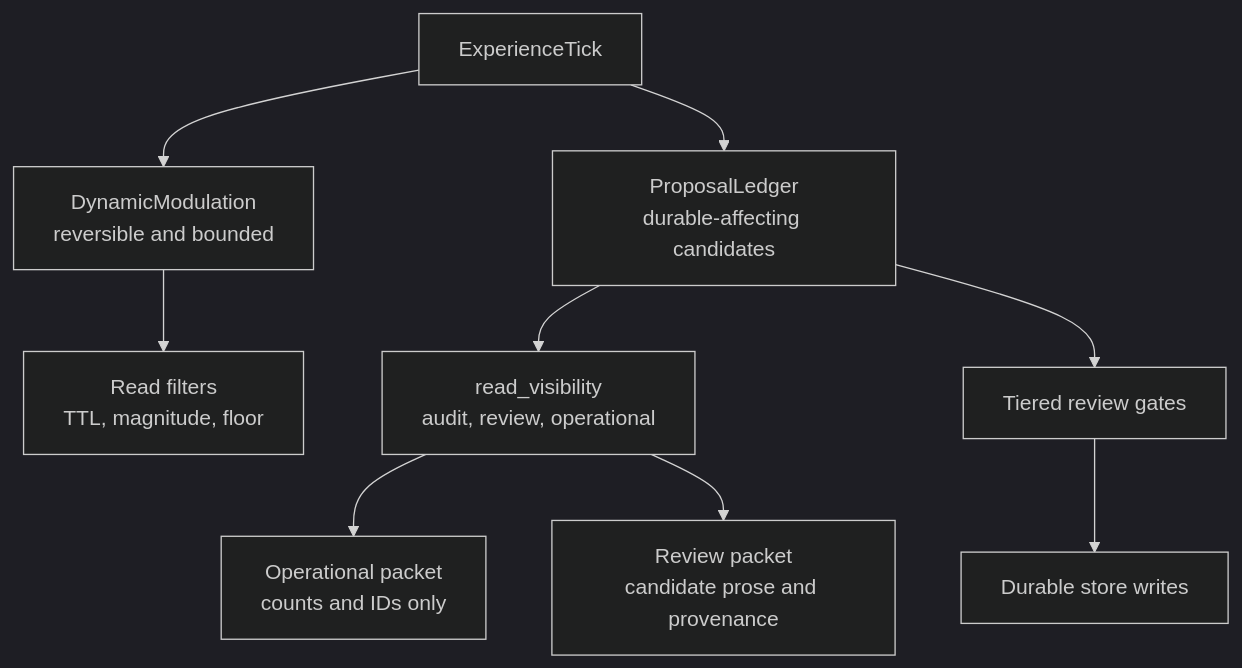
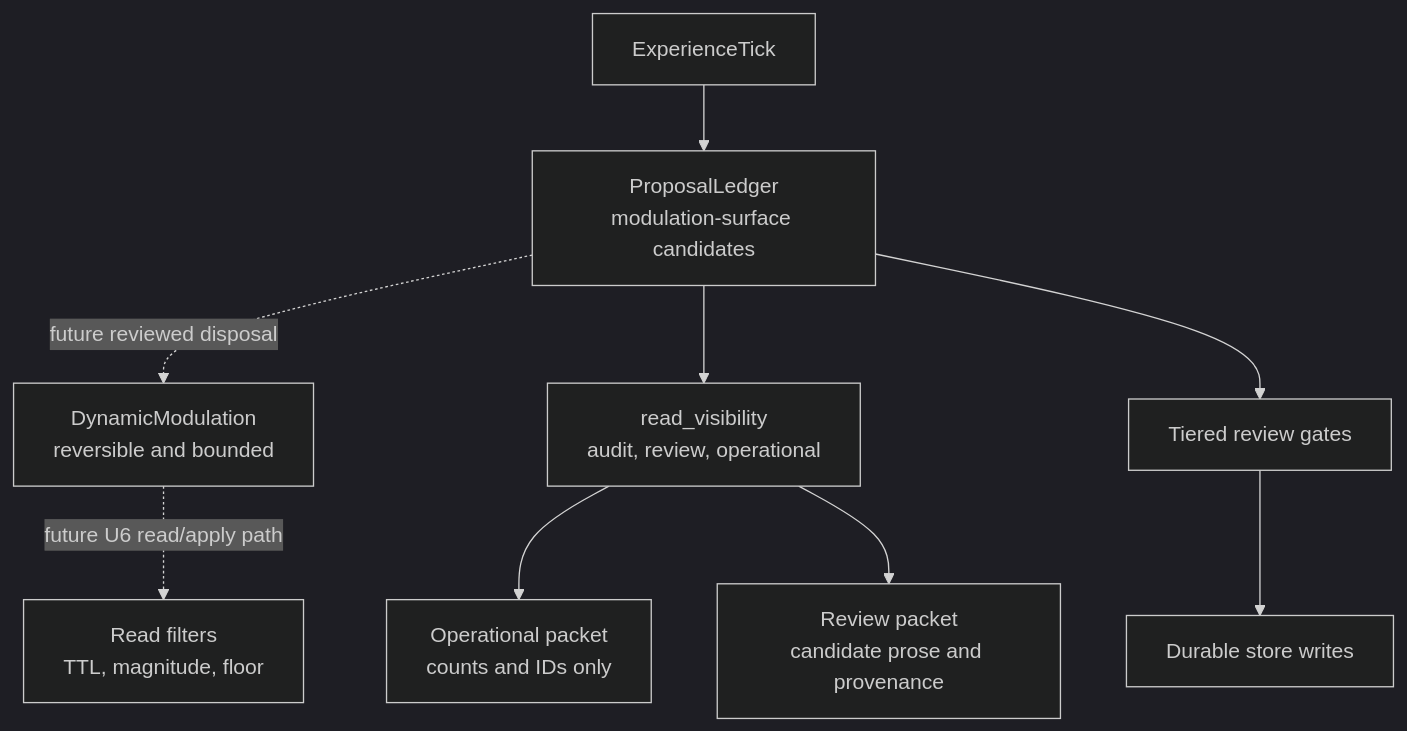
Before and after one commit to Riley-Coyote/mnemos: the diagram in docs/plans/2026-06-30-001-feat-afferent-membrane-v1-plan.md, drawn with Mermaid (dark theme). The commit also changed other lines of this file and 11 other files, not shown here.

First line of the commit message:
feat(modulation): add review-only experience tick proposals (#14)

````diff
--- a/docs/plans/2026-06-30-001-feat-afferent-membrane-v1-plan.md
+++ b/docs/plans/2026-06-30-001-feat-afferent-membrane-v1-plan.md
@@ -269,11 +284,11 @@
 ```mermaid
 flowchart TB
-  T["ExperienceTick"] --> DM["DynamicModulation<br/>reversible and bounded"]
-  T --> PL["ProposalLedger<br/>durable-affecting candidates"]
-  DM --> RF["Read filters<br/>TTL, magnitude, floor"]
+  T["ExperienceTick"] --> PL["ProposalLedger<br/>modulation-surface candidates"]
+  PL -. future reviewed disposal .-> DM["DynamicModulation<br/>reversible and bounded"]
+  DM -. future U6 read/apply path .-> RF["Read filters<br/>TTL, magnitude, floor"]
   PL --> RV["read_visibility<br/>audit, review, operational"]
   RV --> OP["Operational packet<br/>counts and IDs only"]
   RV --> REV["Review packet<br/>candidate prose and provenance"]
   PL --> TR["Tiered review gates"]
   TR --> STORE["Durable store writes"]
 ```
````
